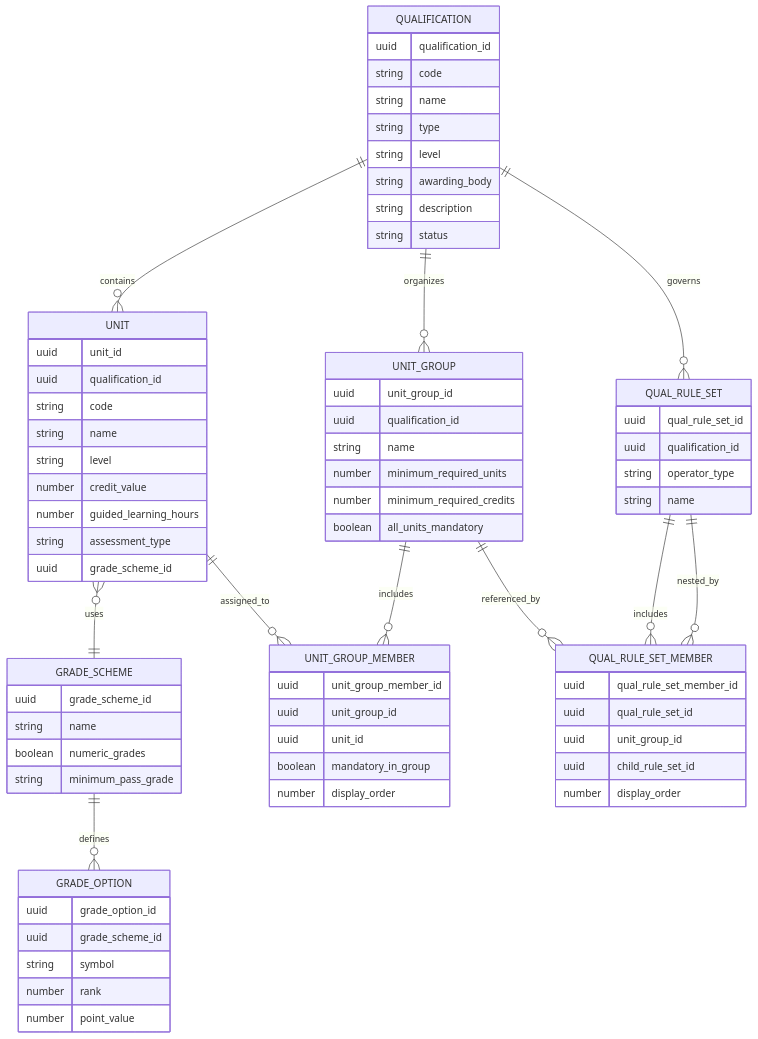
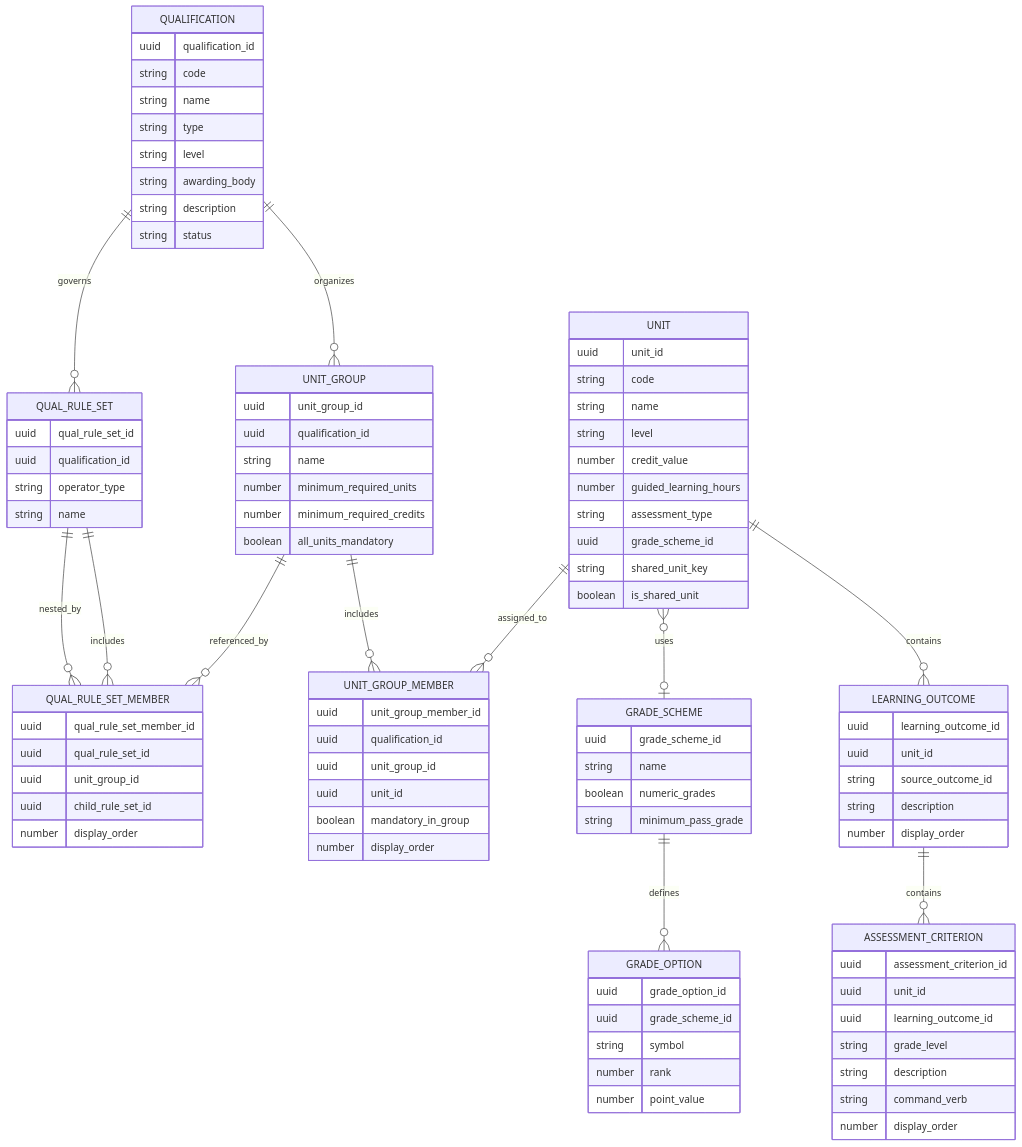
Before and after one commit to ranjivs64/QualsDemo: the third of 6 diagrams in docs/artifacts/specs/SPEC-1.md, drawn with Mermaid. The commit also changed other lines of this file and 19 other files, not shown here.

````diff
--- a/docs/artifacts/specs/SPEC-1.md
+++ b/docs/artifacts/specs/SPEC-1.md
@@ -314,10 +320,11 @@
 ```mermaid
 erDiagram
-    QUALIFICATION ||--o{ UNIT : contains
     QUALIFICATION ||--o{ UNIT_GROUP : organizes
     QUALIFICATION ||--o{ QUAL_RULE_SET : governs
+    UNIT ||--o{ LEARNING_OUTCOME : contains
+    LEARNING_OUTCOME ||--o{ ASSESSMENT_CRITERION : contains
     GRADE_SCHEME ||--o{ GRADE_OPTION : defines
-    UNIT }o--|| GRADE_SCHEME : uses
+    UNIT }o--o| GRADE_SCHEME : uses
     UNIT_GROUP ||--o{ UNIT_GROUP_MEMBER : includes
     UNIT ||--o{ UNIT_GROUP_MEMBER : assigned_to
     QUAL_RULE_SET ||--o{ QUAL_RULE_SET_MEMBER : includes
@@ -337,7 +344,6 @@
 
     UNIT {
         uuid unit_id
-        uuid qualification_id
         string code
         string name
         string level
@@ -345,6 +351,26 @@
         number guided_learning_hours
         string assessment_type
         uuid grade_scheme_id
+        string shared_unit_key
+        boolean is_shared_unit
+    }
+
+    LEARNING_OUTCOME {
+        uuid learning_outcome_id
+        uuid unit_id
+        string source_outcome_id
+        string description
+        number display_order
+    }
+
+    ASSESSMENT_CRITERION {
+        uuid assessment_criterion_id
+        uuid unit_id
+        uuid learning_outcome_id
+        string grade_level
+        string description
+        string command_verb
+        number display_order
     }
 
     GRADE_SCHEME {
@@ -373,6 +399,7 @@
 
     UNIT_GROUP_MEMBER {
         uuid unit_group_member_id
+        uuid qualification_id
         uuid unit_group_id
         uuid unit_id
         boolean mandatory_in_group
````
